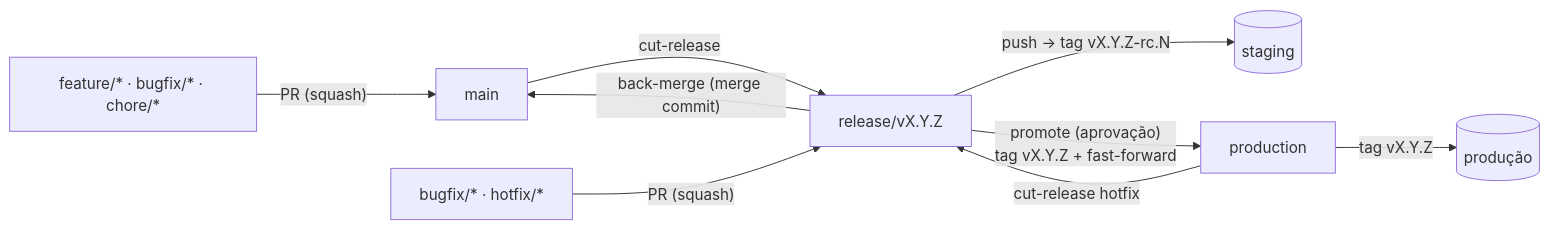
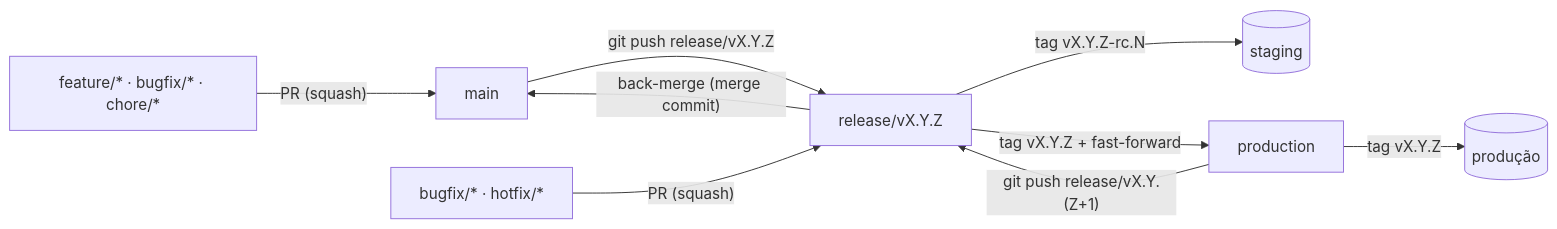
The diagram in GitFlow/README.md (uesleinasch/ConventionsCode), drawn with Mermaid before and after one commit. The commit also changed other lines of this file and 14 other files, not shown here.

First line of the commit message:
feat(gitflow)!: substitui bot de release por fluxo manual com git e gh (#2)

````diff
--- a/GitFlow/README.md
+++ b/GitFlow/README.md
@@ -24,11 +24,11 @@
 ```mermaid
 flowchart LR
     F["feature/* · bugfix/* · chore/*"] -- "PR (squash)" --> M[main]
-    M -- "cut-release" --> R["release/vX.Y.Z"]
+    M -- "git push release/vX.Y.Z" --> R["release/vX.Y.Z"]
     B["bugfix/* · hotfix/*"] -- "PR (squash)" --> R
-    R -- "push → tag vX.Y.Z-rc.N" --> S[(staging)]
-    R -- "promote (aprovação)\ntag vX.Y.Z + fast-forward" --> P[production]
+    R -- "tag vX.Y.Z-rc.N" --> S[(staging)]
+    R -- "tag vX.Y.Z + fast-forward" --> P[production]
     P -- "tag vX.Y.Z" --> PR[(produção)]
     R -- "back-merge (merge commit)" --> M
-    P -- "cut-release hotfix" --> R
+    P -- "git push release/vX.Y.(Z+1)" --> R
 ```
````
